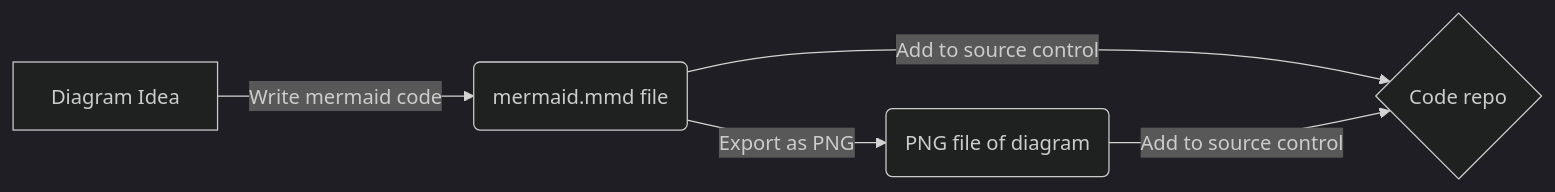
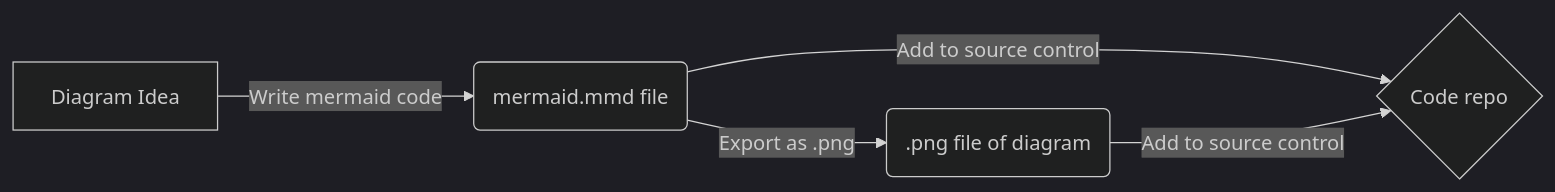
One commit to microsoft/code-with-engineering-playbook changed the diagram in docs/documentation/tools/languages.md. Above: the diagram before and after it, drawn with Mermaid (dark theme). The commit also changed 1 other file, not shown here.

Commit message:
small fix to capitalization of PNG -> png
To be consistent with the rest of the text the reference to a PNG file is changed to png

````diff
--- a/docs/documentation/tools/languages.md
+++ b/docs/documentation/tools/languages.md
@@ -32,7 +32,7 @@
 ```mermaid
 graph LR
     A[Diagram Idea] -->|Write mermaid code| B(mermaid.mmd file)
     B -->|Add to source control| C{Code repo}
-    B -->|Export as PNG| G(PNG file of diagram)
+    B -->|Export as .png| G(.png file of diagram)
     G -->|Add to source control| C
 ```
````
